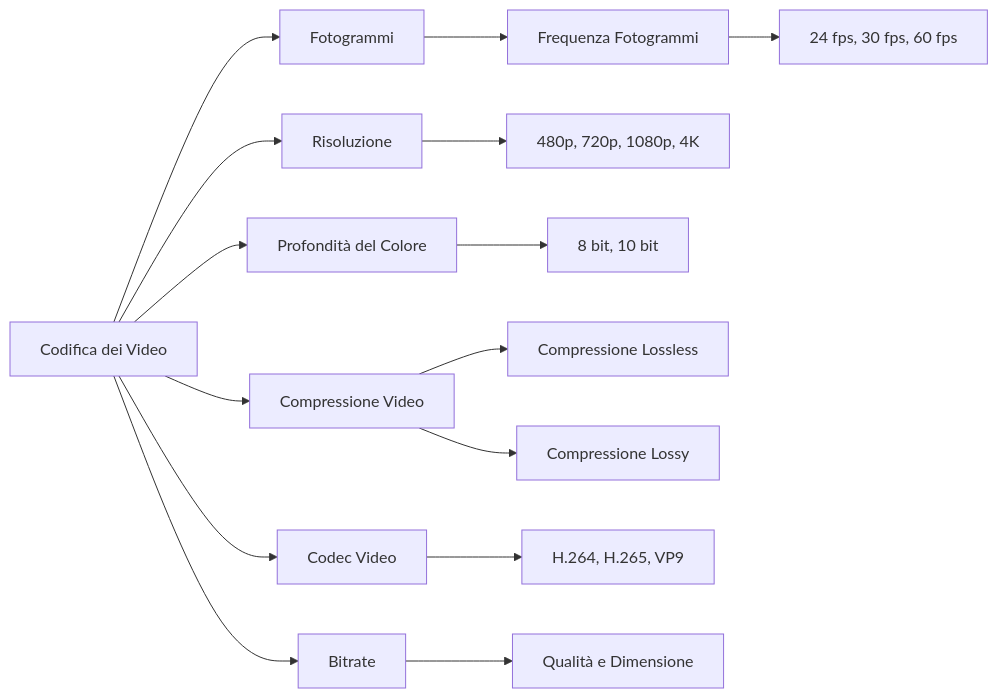
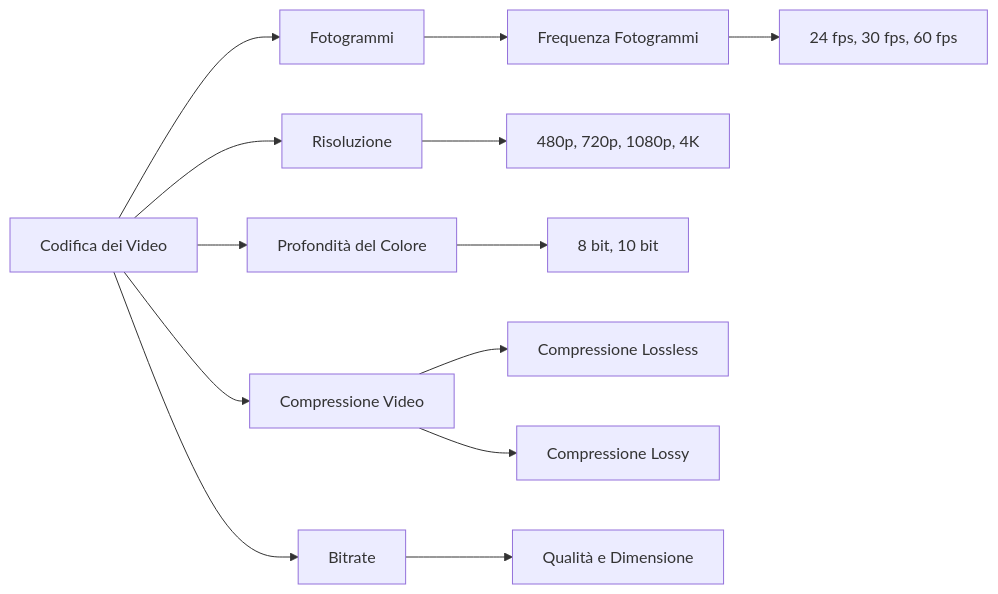
One commit to Federob/infohandouts changed the diagram in docs/infoCoding/04_digit_video.md. Above: the diagram before and after it, drawn with Mermaid. The commit also changed other lines of this file, not shown here.

Commit message:
no codec

````diff
--- a/docs/infoCoding/04_digit_video.md
+++ b/docs/infoCoding/04_digit_video.md
@@ -71,17 +63,15 @@
 ```mermaid
 graph LR
     A[Codifica dei Video] --> B[Fotogrammi]
     B --> C[Frequenza Fotogrammi]
     C --> D[24 fps, 30 fps, 60 fps]
     A --> E[Risoluzione]
     E --> F[480p, 720p, 1080p, 4K]
     A --> G[Profondità del Colore]
     G --> H[8 bit, 10 bit]
     A --> I[Compressione Video]
     I --> J[Compressione Lossless]
     I --> K[Compressione Lossy]
-    A --> L[Codec Video]
-    L --> M[H.264, H.265, VP9]
     A --> N[Bitrate]
     N --> O[Qualità e Dimensione]
 ```
````
